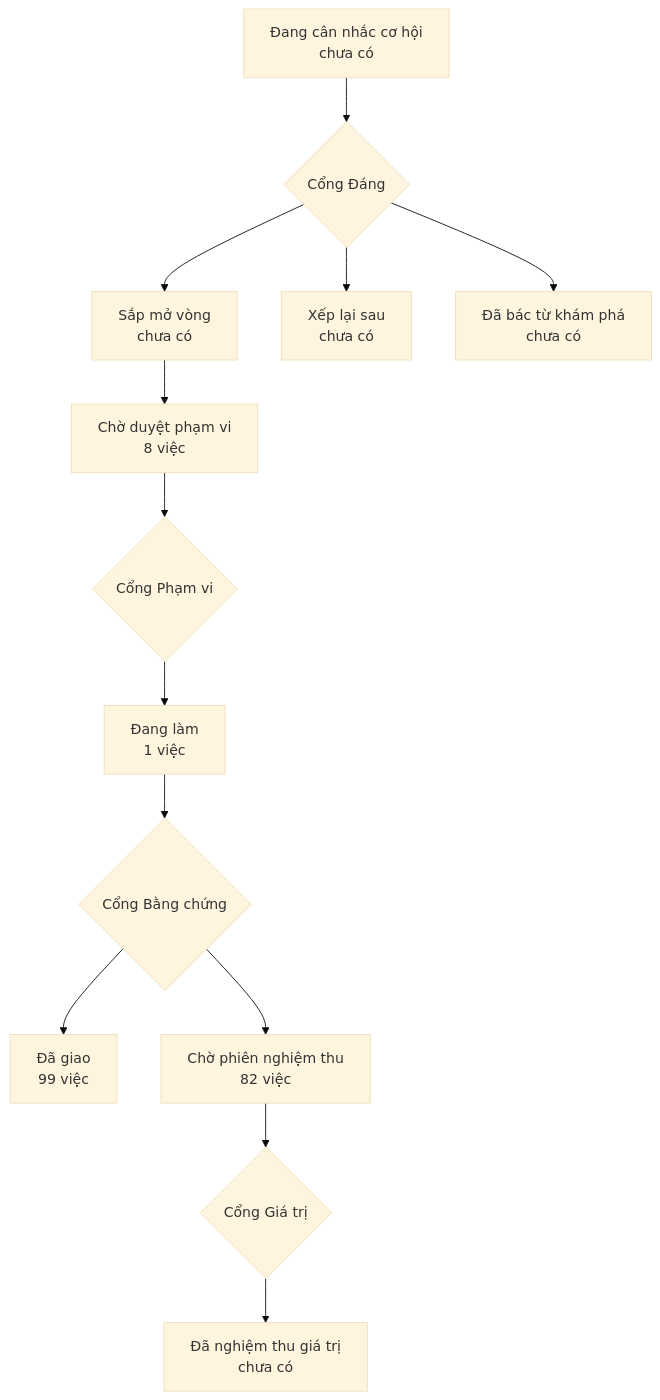
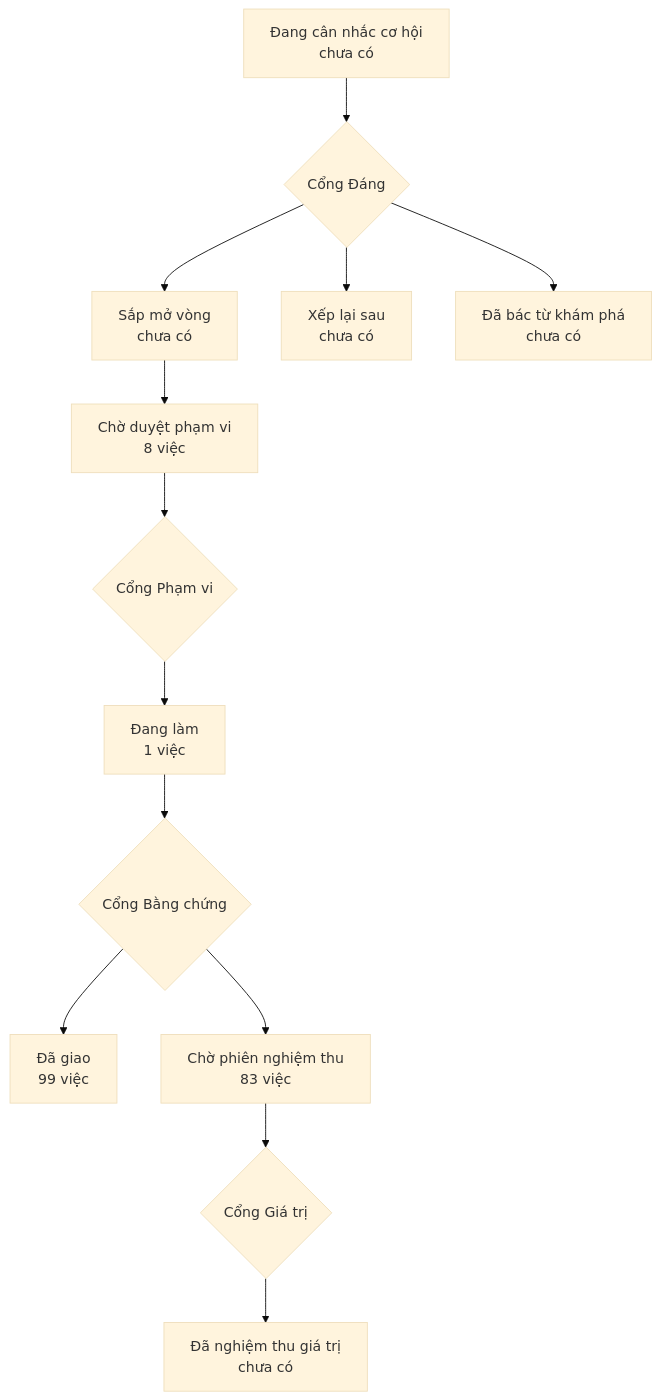
The diagram in PRODUCT-MAP.md (phanlemanh/onehub-invest), drawn with Mermaid (base theme) before and after one commit. The commit also changed other lines of this file and 1 other file, not shown here.

Commit message:
chore(acceptance): vẽ lại bản đồ sau gộp main

````diff
--- a/PRODUCT-MAP.md
+++ b/PRODUCT-MAP.md
@@ -7,12 +7,12 @@
 ```mermaid
 flowchart TD
   A["Đang cân nhắc cơ hội<br/>chưa có"] --> GD{"Cổng Đáng"}
   GD --> B["Sắp mở vòng<br/>chưa có"]
   GD --> XL["Xếp lại sau<br/>chưa có"]
   GD --> DB["Đã bác từ khám phá<br/>chưa có"]
   B --> CD["Chờ duyệt phạm vi<br/>8 việc"] --> GP{"Cổng Phạm vi"}
   GP --> DL["Đang làm<br/>1 việc"] --> GB{"Cổng Bằng chứng"}
   GB --> DG["Đã giao<br/>99 việc"]
-  GB --> CN["Chờ phiên nghiệm thu<br/>82 việc"] --> GG{"Cổng Giá trị"}
+  GB --> CN["Chờ phiên nghiệm thu<br/>83 việc"] --> GG{"Cổng Giá trị"}
   GG --> NT["Đã nghiệm thu giá trị<br/>chưa có"]
 ```
````
